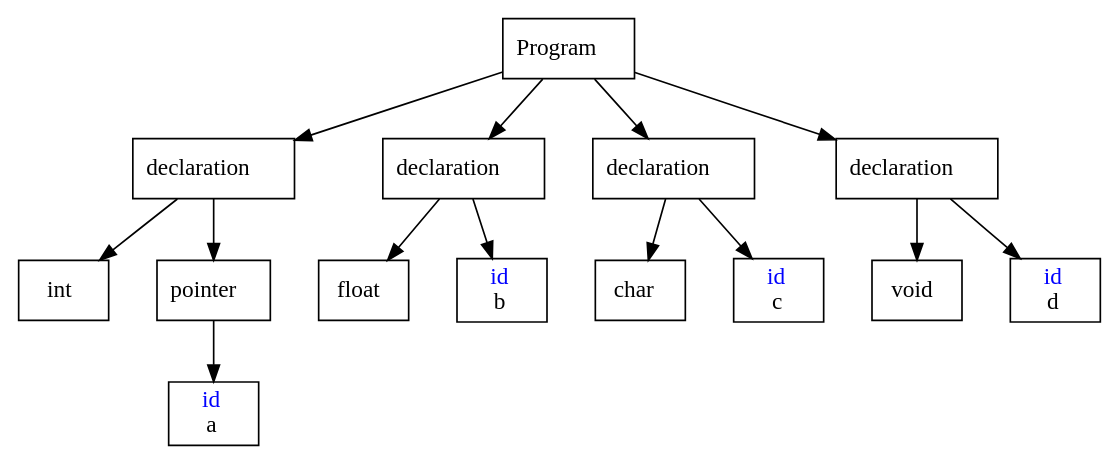
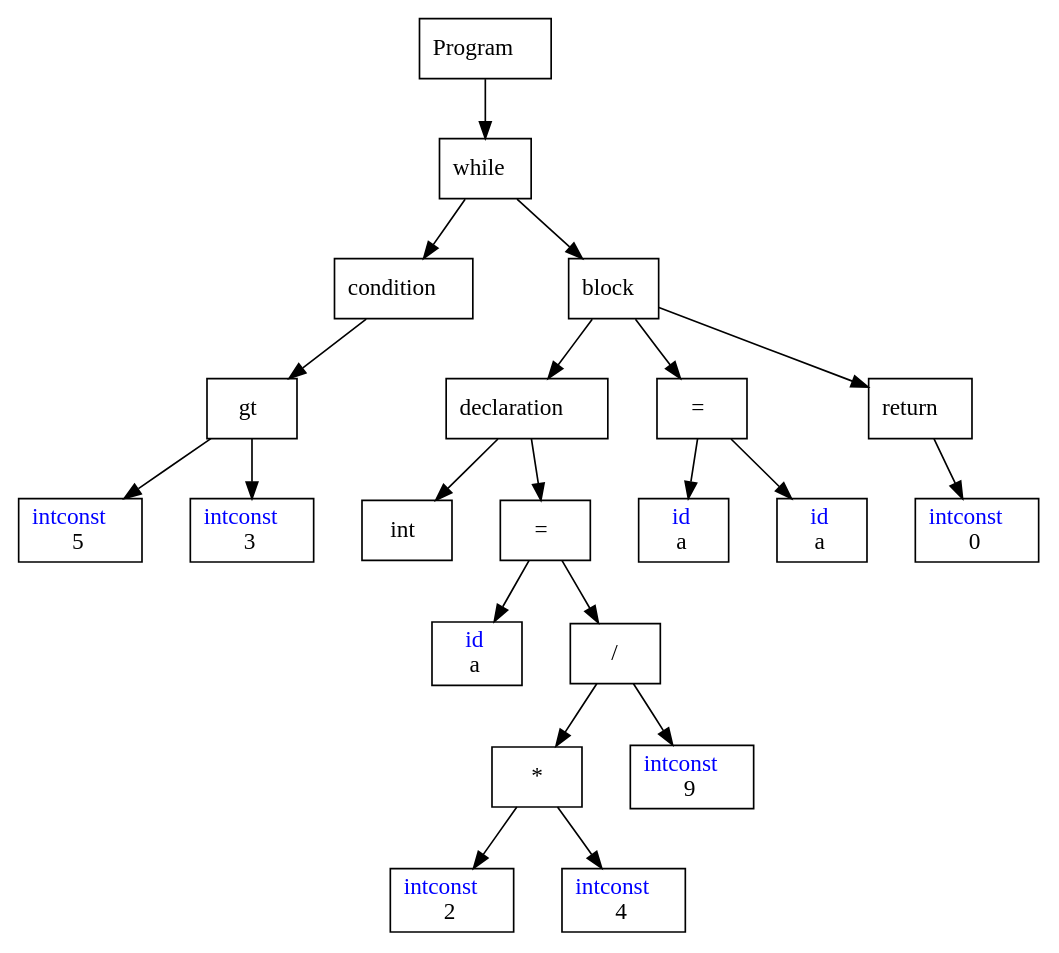
The diagram in grammar/C/.AST.dot (MarkVanAcker/C-to-P-compiler), drawn with Graphviz before and after one commit. The commit also changed 39 other files, not shown here.

```diff
--- a/grammar/C/.AST.dot
+++ b/grammar/C/.AST.dot
@@ -1,32 +1,46 @@
 digraph G
 {
     nodesep = 0.4;
     ranksep = 0.5;
-	NODE140506461188280[label=<Program> shape=box];
-	NODE140506461191696[label=<declaration> shape=box];
-	NODE140506461188280->NODE140506461191696
-	NODE140506461190464[label=<int> shape=box];
-	NODE140506461191696->NODE140506461190464
-	NODE140506461188896[label=<pointer> shape=box];
-	NODE140506461191696->NODE140506461188896
-	NODE140506461190912[label=<<font color = "blue">id</font><br/>a> shape=box];
-	NODE140506461188896->NODE140506461190912
-	NODE140506461188336[label=<declaration> shape=box];
-	NODE140506461188280->NODE140506461188336
-	NODE140506461188728[label=<float> shape=box];
-	NODE140506461188336->NODE140506461188728
-	NODE140506461188616[label=<<font color = "blue">id</font><br/>b> shape=box];
-	NODE140506461188336->NODE140506461188616
-	NODE140506461188224[label=<declaration> shape=box];
-	NODE140506461188280->NODE140506461188224
-	NODE140506461191864[label=<char> shape=box];
-	NODE140506461188224->NODE140506461191864
-	NODE140506461189176[label=<<font color = "blue">id</font><br/>c> shape=box];
-	NODE140506461188224->NODE140506461189176
-	NODE140506461190968[label=<declaration> shape=box];
-	NODE140506461188280->NODE140506461190968
-	NODE140506461189344[label=<void> shape=box];
-	NODE140506461190968->NODE140506461189344
-	NODE140506461191136[label=<<font color = "blue">id</font><br/>d> shape=box];
-	NODE140506461190968->NODE140506461191136
+	NODE111792048[label=<Program> shape=box];
+	NODE111791184[label=<while> shape=box];
+	NODE111792048->NODE111791184
+	NODE111791504[label=<condition> shape=box];
+	NODE111791184->NODE111791504
+	NODE111788144[label=<gt> shape=box];
+	NODE111791504->NODE111788144
+	NODE111791600[label=<<font color = "blue">intconst</font><br/>5> shape=box];
+	NODE111788144->NODE111791600
+	NODE111788400[label=<<font color = "blue">intconst</font><br/>3> shape=box];
+	NODE111788144->NODE111788400
+	NODE111791088[label=<block> shape=box];
+	NODE111791184->NODE111791088
+	NODE111789680[label=<declaration> shape=box];
+	NODE111791088->NODE111789680
+	NODE111788880[label=<int> shape=box];
+	NODE111789680->NODE111788880
+	NODE111791152[label=<=> shape=box];
+	NODE111789680->NODE111791152
+	NODE111790256[label=<<font color = "blue">id</font><br/>a> shape=box];
+	NODE111791152->NODE111790256
+	NODE111791120[label=</> shape=box];
+	NODE111791152->NODE111791120
+	NODE111788560[label=<*> shape=box];
+	NODE111791120->NODE111788560
+	NODE111789840[label=<<font color = "blue">intconst</font><br/>2> shape=box];
+	NODE111788560->NODE111789840
+	NODE111789904[label=<<font color = "blue">intconst</font><br/>4> shape=box];
+	NODE111788560->NODE111789904
+	NODE111789712[label=<<font color = "blue">intconst</font><br/>9> shape=box];
+	NODE111791120->NODE111789712
+	NODE111788112[label=<=> shape=box];
+	NODE111791088->NODE111788112
+	NODE111789872[label=<<font color = "blue">id</font><br/>a> shape=box];
+	NODE111788112->NODE111789872
+	NODE111789424[label=<<font color = "blue">id</font><br/>a> shape=box];
+	NODE111788112->NODE111789424
+	NODE111789328[label=<return> shape=box];
+	NODE111791088->NODE111789328
+	NODE111788496[label=<<font color = "blue">intconst</font><br/>0> shape=box];
+	NODE111789328->NODE111788496
 }
```
